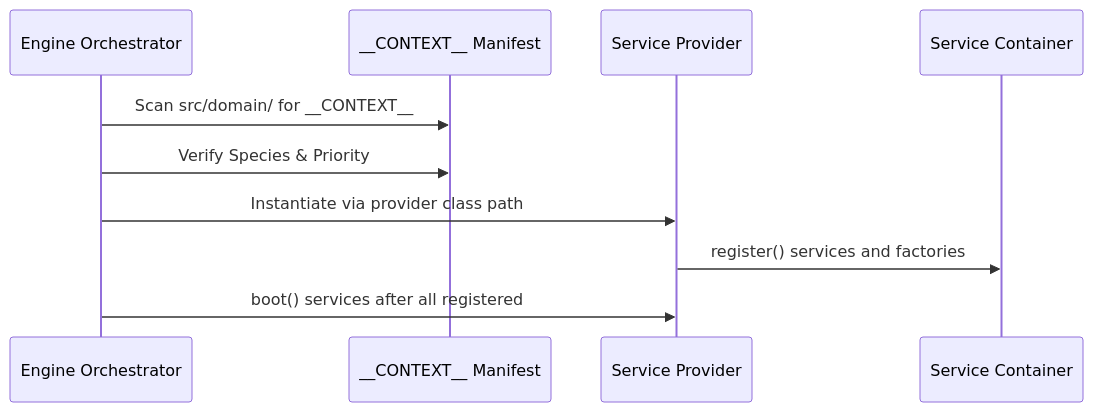
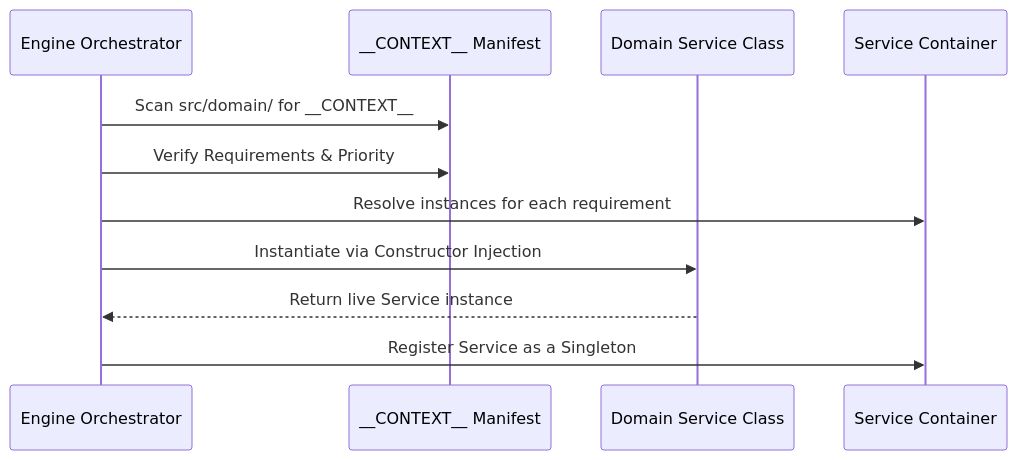
One commit to mnaatjes/oregon-trail-clone changed the diagram in docs/explanation/design/domain_context_contract.md. Above: the diagram before and after it, drawn with Mermaid. The commit also changed other lines of this file and 8 other files, not shown here.

First line of the commit message:
Feat/38 domain context contract (#40)

````diff
--- a/docs/explanation/design/domain_context_contract.md
+++ b/docs/explanation/design/domain_context_contract.md
@@ -45,13 +45,14 @@
 ```mermaid
 sequenceDiagram
     participant Orchestrator as Engine Orchestrator
     participant Context as __CONTEXT__ Manifest
-    participant Provider as Service Provider
+    participant Service as Domain Service Class
     participant Container as Service Container
 
     Orchestrator->>Context: Scan src/domain/ for __CONTEXT__
-    Orchestrator->>Context: Verify Species & Priority
-    Orchestrator->>Provider: Instantiate via provider class path
-    Provider->>Container: register() services and factories
-    Orchestrator->>Provider: boot() services after all registered
+    Orchestrator->>Context: Verify Requirements & Priority
+    Orchestrator->>Container: Resolve instances for each requirement
+    Orchestrator->>Service: Instantiate via Constructor Injection
+    Service-->>Orchestrator: Return live Service instance
+    Orchestrator->>Container: Register Service as a Singleton
 ```
````
